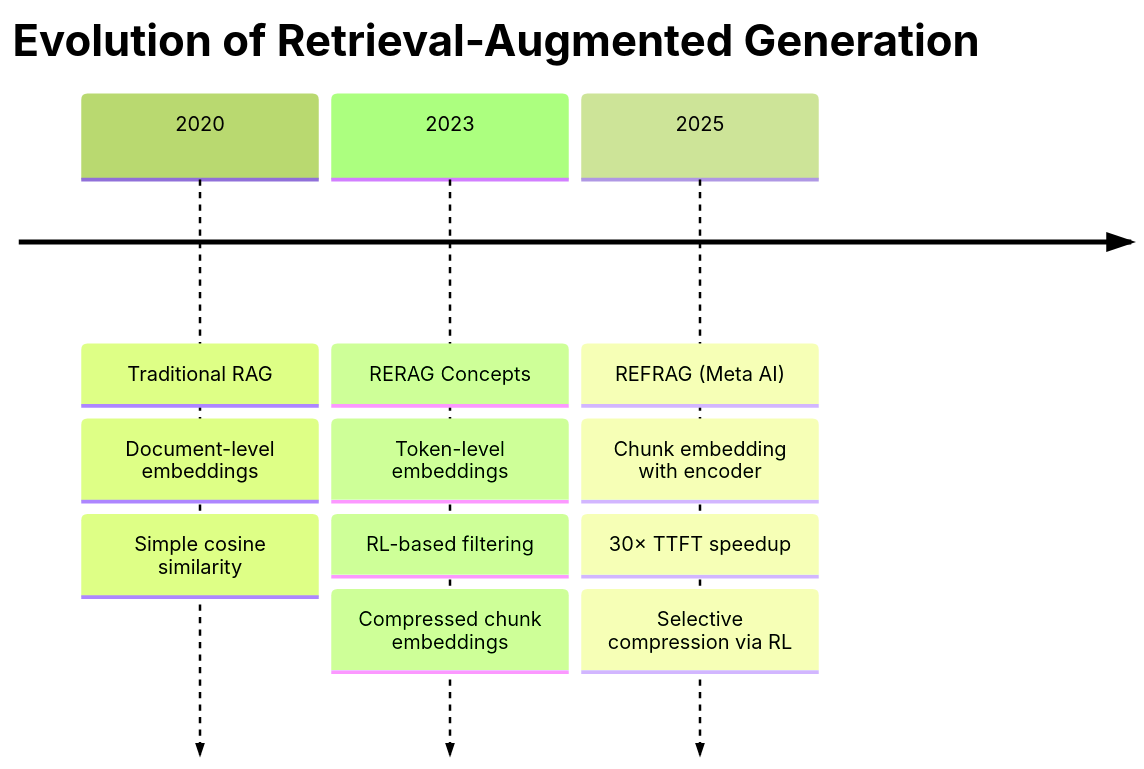
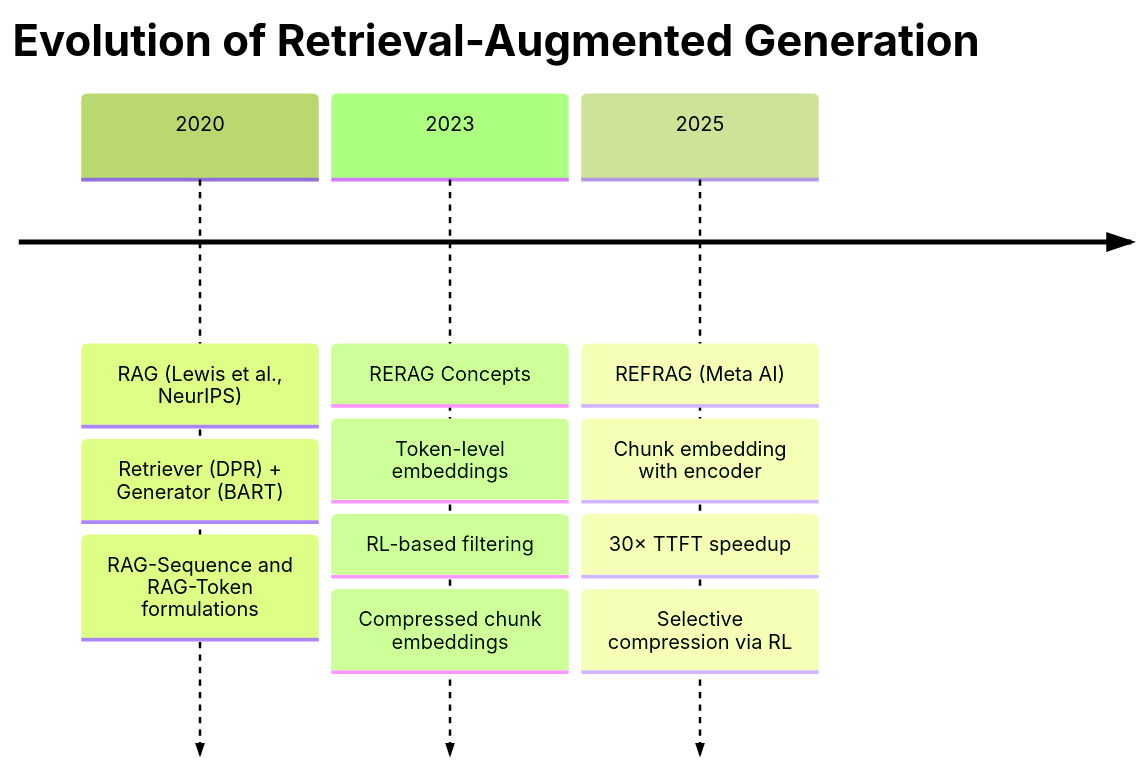
The second of 26 diagrams in rules/references/rag-vs-rerag-technical-reference.md (alfonsocruzvelasco/engineering-policies), drawn with Mermaid (forest theme) before and after one commit. The commit also changed other lines of this file and 3 other files, not shown here.

First line of the commit message:
Add foundational RAG paper (Lewis et al., NeurIPS 2020) and integrate into policies

````diff
--- a/rules/references/rag-vs-rerag-technical-reference.md
+++ b/rules/references/rag-vs-rerag-technical-reference.md
@@ -70,15 +71,15 @@
 ```mermaid
 timeline
     title Evolution of Retrieval-Augmented Generation
-    2020 : Traditional RAG
-         : Document-level embeddings
-         : Simple cosine similarity
+    2020 : RAG (Lewis et al., NeurIPS)
+         : Retriever (DPR) + Generator (BART)
+         : RAG-Sequence and RAG-Token formulations
     2023 : RERAG Concepts
          : Token-level embeddings
          : RL-based filtering
          : Compressed chunk embeddings
     2025 : REFRAG (Meta AI)
          : Chunk embedding with encoder
          : 30× TTFT speedup
          : Selective compression via RL
 ```
````
